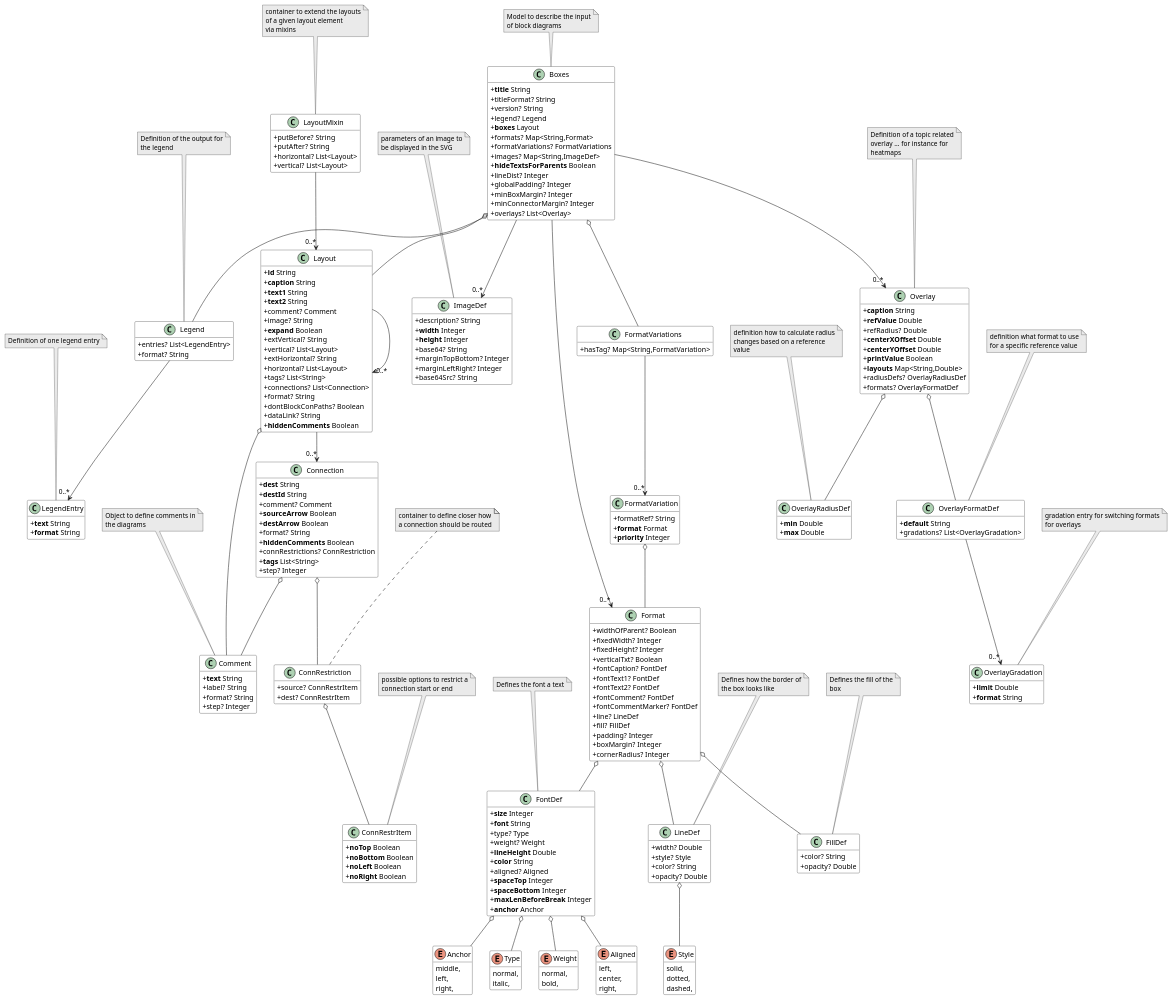
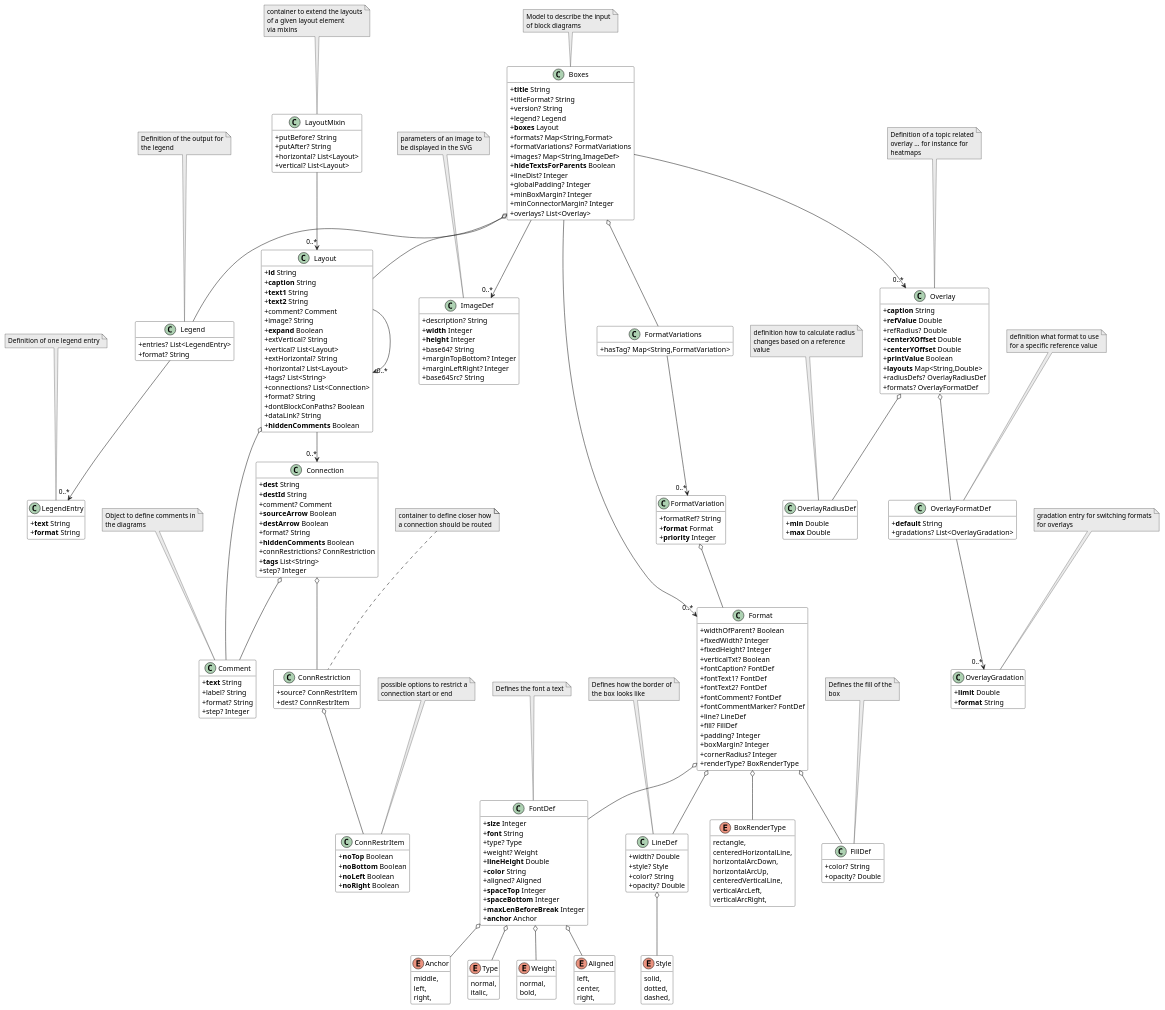
One commit to OkieOth/draw.chart.things changed the diagram in docs/models/puml/boxes.gen.puml. Above: the diagram before and after it, drawn with PlantUML. The commit also changed 14 other files, not shown here.

```diff
--- a/docs/models/puml/boxes.gen.puml
+++ b/docs/models/puml/boxes.gen.puml
@@ -223,6 +223,17 @@
 be displayed in the SVG
 end note
     
+enum BoxRenderType {
+    rectangle,
+    centeredHorizontalLine,
+    horizontalArcDown,
+    horizontalArcUp,
+    centeredVerticalLine,
+    verticalArcLeft,
+    verticalArcRight,
+}
+
+
 class Format {
     +widthOfParent? Boolean
     +fixedWidth? Integer
@@ -238,10 +249,12 @@
     +padding? Integer
     +boxMargin? Integer
     +cornerRadius? Integer
+    +renderType? BoxRenderType
 }
 Format o-- FontDef
 Format o-- LineDef
 Format o-- FillDef
+Format o-- BoxRenderType
 
 
 class FormatVariations {
```
